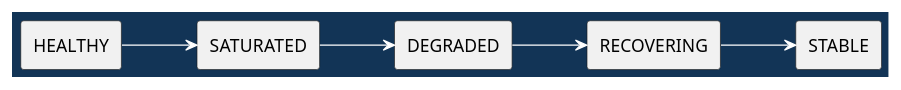
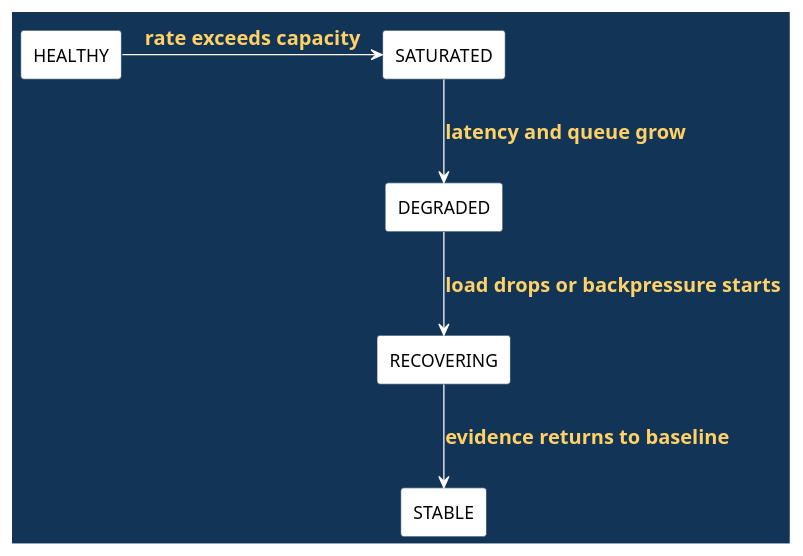
Before and after one commit to madajaju/CS5254: the eighth of 11 diagrams in doc/lectures/week12/load_testing/README.slides.adoc, drawn with PlantUML. The commit also changed other lines of this file and 47 other files, not shown here.

```diff
--- a/doc/lectures/week12/load_testing/README.slides.adoc
+++ b/doc/lectures/week12/load_testing/README.slides.adoc
@@ -128,30 +198,27 @@
-[plantuml,width=100%]
+[plantuml, width=100%]
 ----
 @startuml
 skinparam shadowing false
-skinparam backgroundColor #123456
-skinparam defaultFontColor black
+skinparam BackgroundColor #123456
+skinparam DefaultFontColor black
 skinparam ArrowColor white
 skinparam ArrowFontColor #ffd166
 skinparam ArrowFontStyle bold
 skinparam ArrowFontSize 16
-skinparam BoxBackgroundColor white
-skinparam BoxFontColor black
 skinparam BorderColor #123456
-skinparam ParticipantBorderColor #123456
-skinparam ParticipantBackgroundColor white
-skinparam ParticipantFontColor black
-skinparam LifeLineBorderColor white
-skinparam LifeLineBackgroundColor white
-left to right direction
+skinparam rectangle {
+  BackgroundColor white
+  BorderColor #123456
+  FontColor black
+}
 rectangle "HEALTHY" as H
 rectangle "SATURATED" as S
 rectangle "DEGRADED" as D
 rectangle "RECOVERING" as R
 rectangle "STABLE" as T
-H --> S
-S --> D
-D --> R
-R --> T
+H -> S : rate exceeds capacity
+S --> D : latency and queue grow
+D --> R : load drops or backpressure starts
+R --> T : evidence returns to baseline
 @enduml
 ----
```
